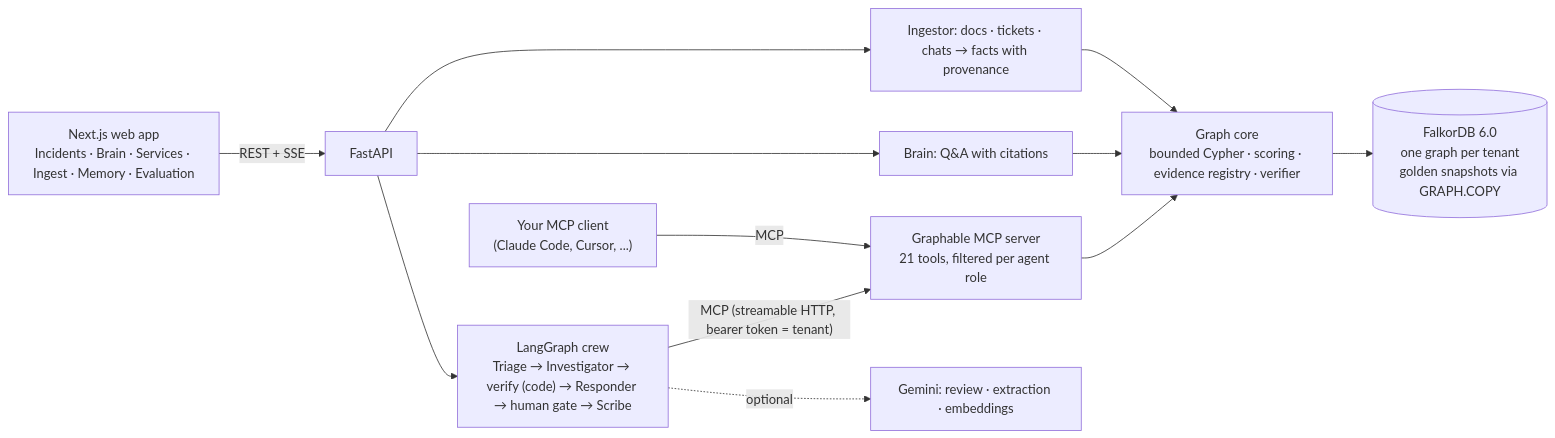
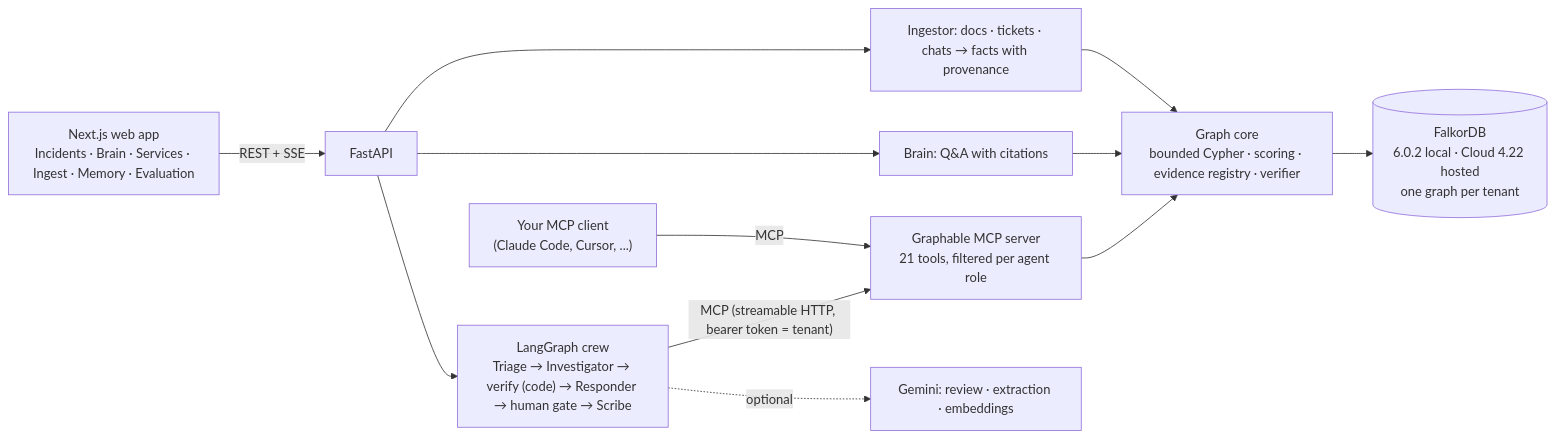
Before and after one commit to devanshucodes/graphable: the first of 3 diagrams in README.md, drawn with Mermaid. The commit also changed other lines of this file, not shown here.

Commit message:
README: every agent decision and the graph query behind it

````diff
--- a/README.md
+++ b/README.md
@@ -46,14 +63,14 @@
 ```mermaid
 flowchart LR
   UI["Next.js web app<br/>Incidents · Brain · Services · Ingest · Memory · Evaluation"] -- "REST + SSE" --> API["FastAPI"]
   API --> CREW["LangGraph crew<br/>Triage → Investigator → verify (code) → Responder → human gate → Scribe"]
   API --> BRAIN["Brain: Q&A with citations"]
   API --> ING["Ingestor: docs · tickets · chats → facts with provenance"]
   CREW -- "MCP (streamable HTTP, bearer token = tenant)" --> MCP["Graphable MCP server<br/>21 tools, filtered per agent role"]
   EXT["Your MCP client<br/>(Claude Code, Cursor, ...)"] -- MCP --> MCP
   MCP --> CORE["Graph core<br/>bounded Cypher · scoring · evidence registry · verifier"]
   BRAIN --> CORE
   ING --> CORE
-  CORE --> FDB[("FalkorDB 6.0<br/>one graph per tenant<br/>golden snapshots via GRAPH.COPY")]
+  CORE --> FDB[("FalkorDB<br/>6.0.2 local · Cloud 4.22 hosted<br/>one graph per tenant")]
   CREW -. optional .-> GEM["Gemini: review · extraction · embeddings"]
 ```
````
